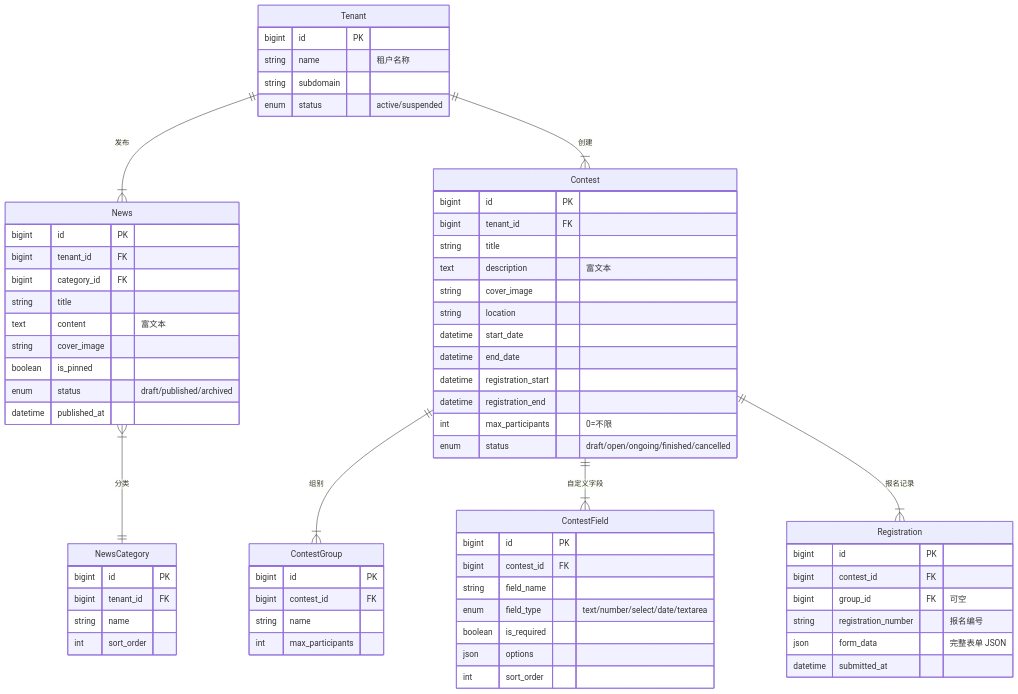
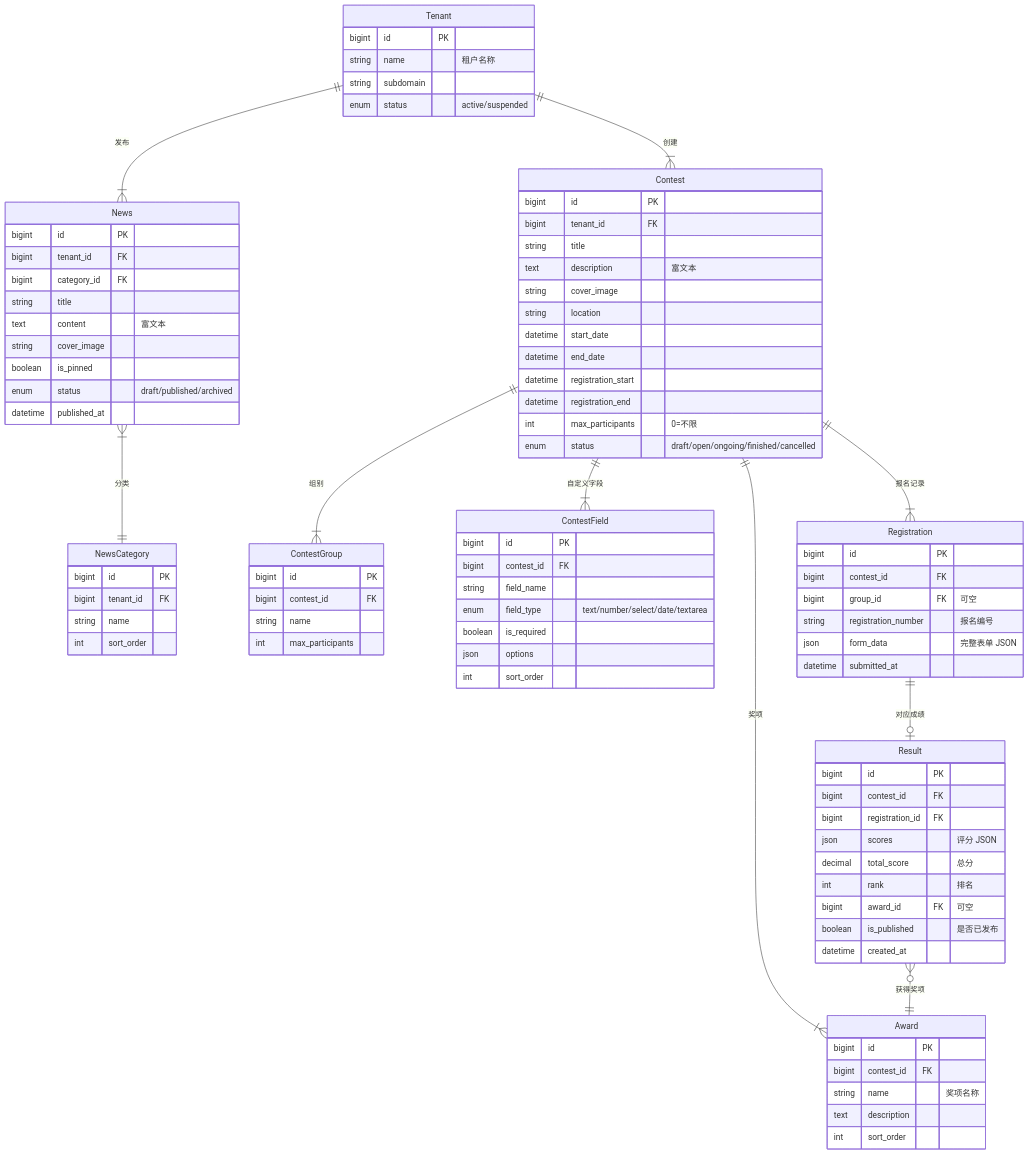
The diagram in docs/functional-requirements.md (Antiqueeeee/contest-hub), drawn with Mermaid before and after one commit. The commit also changed other lines of this file, not shown here.

Commit message:
Add score management module back to complete business loop

````diff
--- a/docs/functional-requirements.md
+++ b/docs/functional-requirements.md
@@ -348,7 +482,10 @@
     News }|--|| NewsCategory : "分类"
     Contest ||--|{ ContestGroup : "组别"
     Contest ||--|{ ContestField : "自定义字段"
+    Contest ||--|{ Award : "奖项"
     Contest ||--|{ Registration : "报名记录"
+    Registration ||--o| Result : "对应成绩"
+    Result }o--|| Award : "获得奖项"
 
     Tenant {
         bigint id PK
@@ -416,4 +553,24 @@
         json form_data "完整表单 JSON"
         datetime submitted_at
     }
+
+    Award {
+        bigint id PK
+        bigint contest_id FK
+        string name "奖项名称"
+        text description
+        int sort_order
+    }
+
+    Result {
+        bigint id PK
+        bigint contest_id FK
+        bigint registration_id FK
+        json scores "评分 JSON"
+        decimal total_score "总分"
+        int rank "排名"
+        bigint award_id FK "可空"
+        boolean is_published "是否已发布"
+        datetime created_at
+    }
 ```
````
